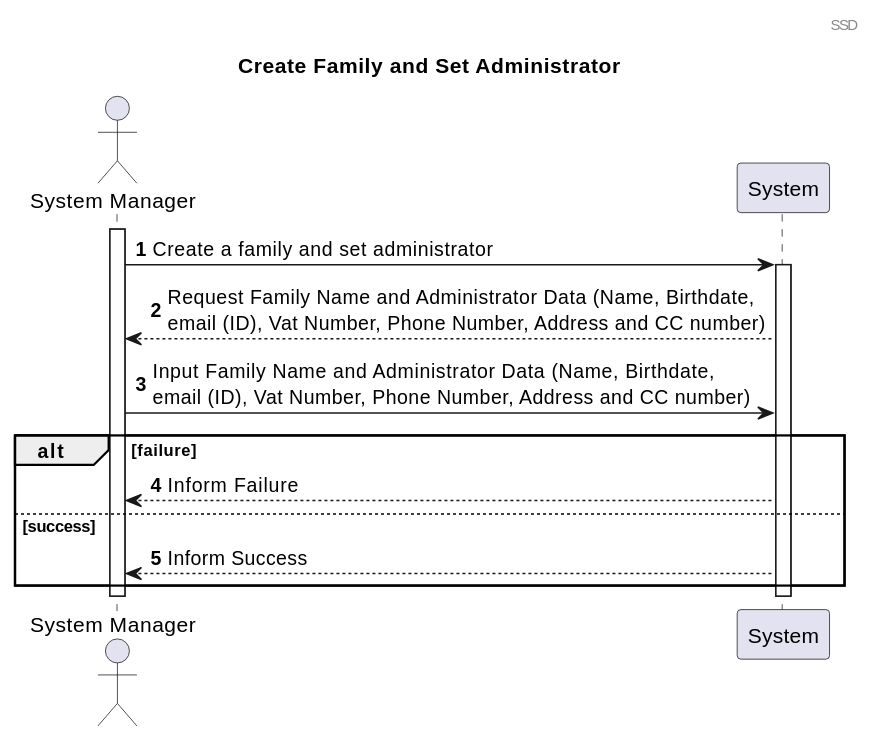
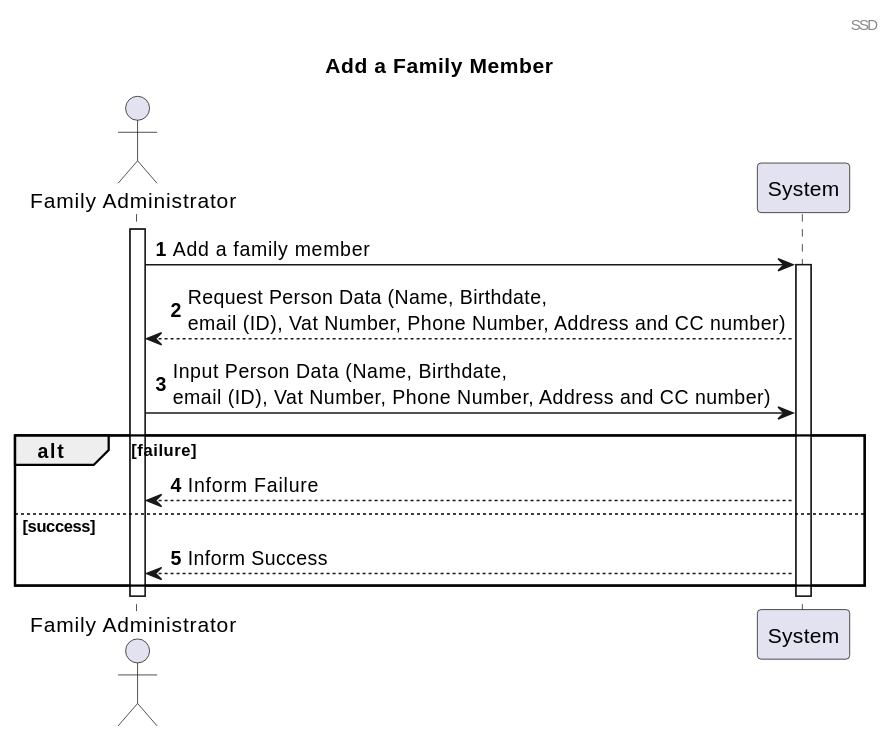
The first of 5 diagrams in docs/sprint3/user_stories/US101_AddFamilyMember.md (tomas-osswald/switch_2020_g3), drawn with PlantUML before and after one commit. The commit also changed other lines of this file and 4 other files, not shown here.

````diff
--- a/docs/sprint3/user_stories/US101_AddFamilyMember.md
+++ b/docs/sprint3/user_stories/US101_AddFamilyMember.md
@@ -27,22 +27,22 @@
 ```plantuml
 @startuml
 
 header SSD
-title Create Family and Set Administrator
+title Add a Family Member
 autonumber
-actor "System Manager" as Actor
+actor "Family Administrator" as Actor
 participant "System" as System
 activate Actor
-Actor -> System : Create a family and set administrator
+Actor -> System : Add a family member
 activate System
-System --> Actor : Request Family Name and Administrator Data (Name, Birthdate, \nemail (ID), Vat Number, Phone Number, Address and CC number)  
-Actor -> System : Input Family Name and Administrator Data (Name, Birthdate, \nemail (ID), Vat Number, Phone Number, Address and CC number)
+System --> Actor : Request Person Data (Name, Birthdate, \nemail (ID), Vat Number, Phone Number, Address and CC number)  
+Actor -> System : Input Person Data (Name, Birthdate, \nemail (ID), Vat Number, Phone Number, Address and CC number)
 alt failure
 System --> Actor : Inform Failure
 else success 
 System --> Actor : Inform Success
 end
 deactivate System
 deactivate Actor
 @enduml
 ```
````
